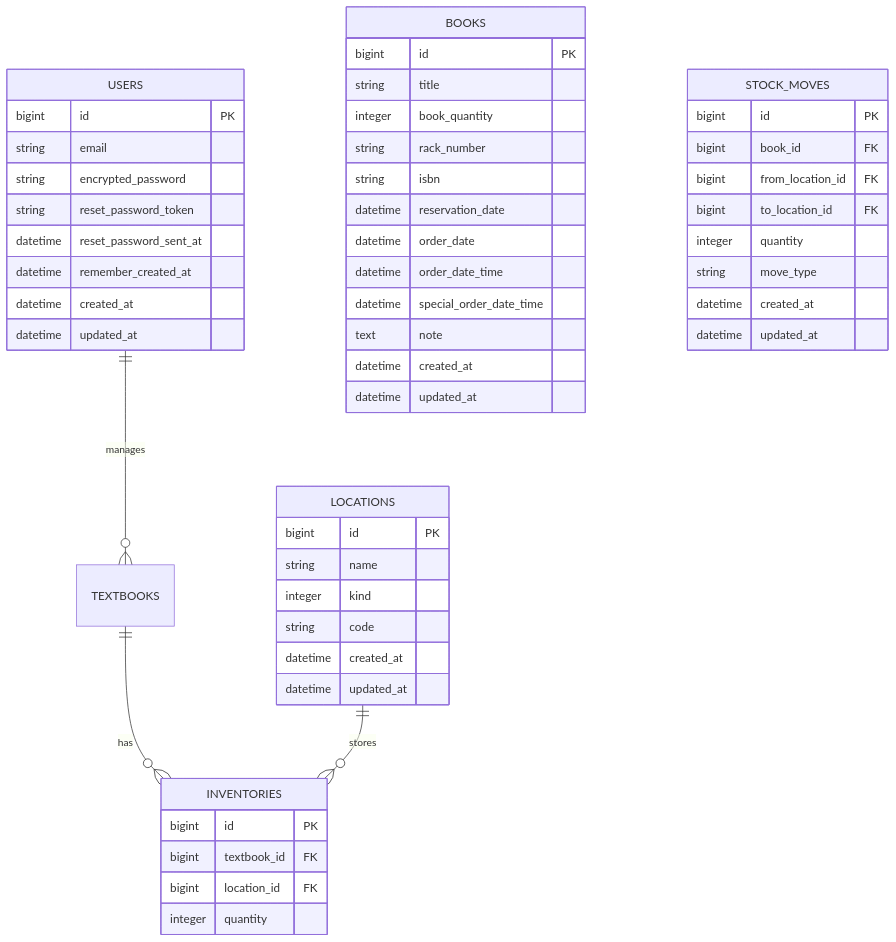
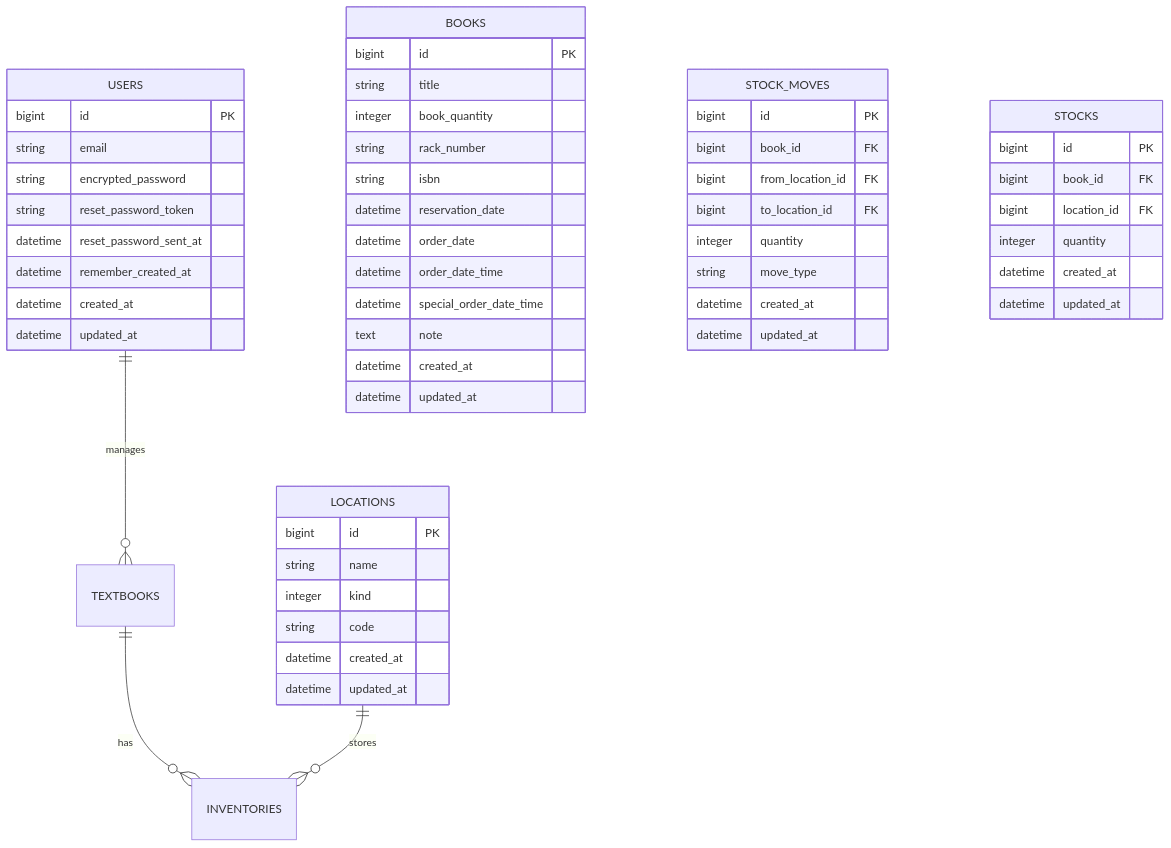
The diagram in README.md (makoto860/book_stock_move_app), drawn with Mermaid before and after one commit.

````diff
--- a/README.md
+++ b/README.md
@@ -17,59 +17,61 @@
 ```mermaid
 erDiagram
 USERS {
   bigint id PK
   string email
   string encrypted_password
   string reset_password_token
   datetime reset_password_sent_at
   datetime remember_created_at
   datetime created_at
   datetime updated_at
 }
 
 BOOKS {
     bigint id PK
     string title
     integer book_quantity
     string rack_number
     string isbn
     datetime reservation_date
     datetime order_date
     datetime order_date_time
     datetime special_order_date_time
     text note
     datetime created_at
     datetime updated_at
 }
 
 LOCATIONS {
   bigint id PK
   string name
   integer kind
   string code
   datetime created_at
   datetime updated_at
 }
 
 STOCK_MOVES {
   bigint id PK
   bigint book_id FK
   bigint from_location_id FK
   bigint to_location_id FK
   integer quantity
   string move_type
   datetime created_at
   datetime updated_at
 }
 
-    INVENTORIES {
-        bigint id PK
-        bigint textbook_id FK
-        bigint location_id FK
-        integer quantity
-    }
+STOCKS {
+    bigint id PK
+    bigint book_id FK
+    bigint location_id FK
+    integer quantity
+    datetime created_at
+    datetime updated_at
+}
 
-    USERS ||--o{ TEXTBOOKS : manages
-    TEXTBOOKS ||--o{ INVENTORIES : has
-    LOCATIONS ||--o{ INVENTORIES : stores
+USERS ||--o{ TEXTBOOKS : manages
+TEXTBOOKS ||--o{ INVENTORIES : has
+LOCATIONS ||--o{ INVENTORIES : stores
 ```
````
